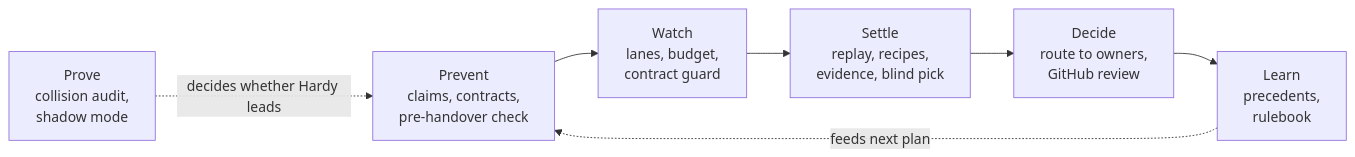
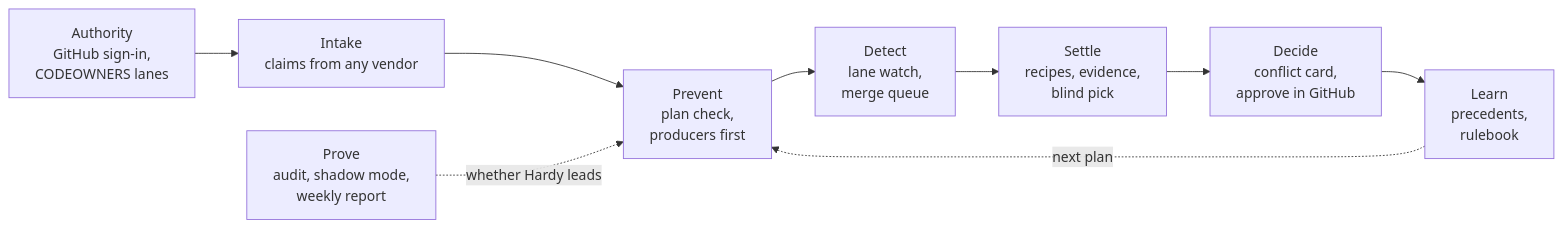
Before and after one commit to singularity-inc-dev/aurora: the diagram in docs/design/HARDY.md, drawn with Mermaid. The commit also changed other lines of this file and 5 other files, not shown here.

````diff
--- a/docs/design/HARDY.md
+++ b/docs/design/HARDY.md
@@ -23,9 +33,11 @@
 ```mermaid
 flowchart LR
-  P["Prevent<br/>claims, contracts,<br/>pre-handover check"] --> W["Watch<br/>lanes, budget,<br/>contract guard"]
-  W --> S["Settle<br/>replay, recipes,<br/>evidence, blind pick"]
-  S --> D["Decide<br/>route to owners,<br/>GitHub review"]
-  D --> L["Learn<br/>precedents,<br/>rulebook"]
-  L -. "feeds next plan" .-> P
-  PR["Prove<br/>collision audit,<br/>shadow mode"] -. "decides whether Hardy leads" .-> P
+  AU["Authority<br/>GitHub sign-in,<br/>CODEOWNERS lanes"] --> IN["Intake<br/>claims from any vendor"]
+  IN --> PV["Prevent<br/>plan check,<br/>producers first"]
+  PV --> DT["Detect<br/>lane watch,<br/>merge queue"]
+  DT --> ST["Settle<br/>recipes, evidence,<br/>blind pick"]
+  ST --> DC["Decide<br/>conflict card,<br/>approve in GitHub"]
+  DC --> LN["Learn<br/>precedents,<br/>rulebook"]
+  LN -. "next plan" .-> PV
+  PR["Prove<br/>audit, shadow mode,<br/>weekly report"] -. "whether Hardy leads" .-> PV
 ```
````
